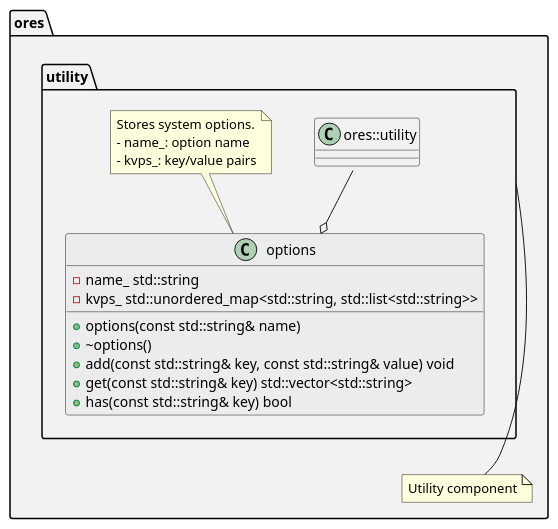
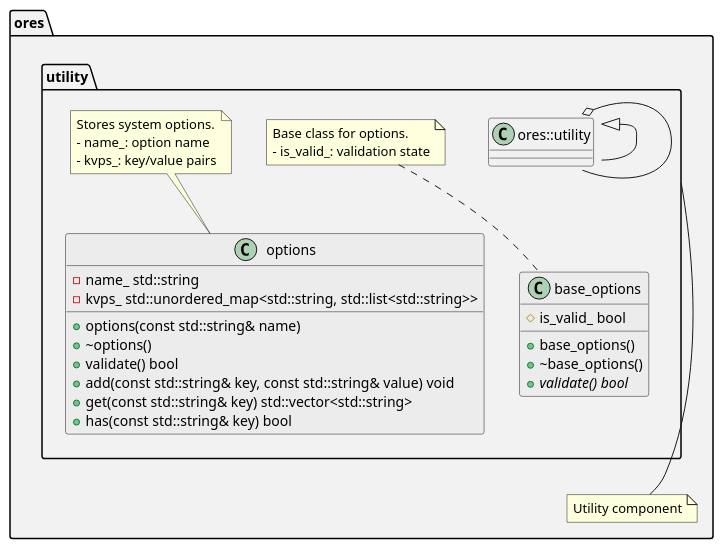
Before and after one commit to OreStudio/OreStudio: the fifth of 5 diagrams in doc/skills/plantuml-modeler/skill.org, drawn with PlantUML. The commit also changed other lines of this file, not shown here.

Commit message:
[skills] Update plantuml modeler with inheritance

```diff
--- a/doc/skills/plantuml-modeler/skill.org
+++ b/doc/skills/plantuml-modeler/skill.org
@@ -173,25 +176,39 @@
 #+begin_src plantuml
 namespace ores #F2F2F2 {
     note "Utility component" as N1
     utility --- N1
 
     namespace utility #F2F2F2 {
+        class base_options #ECECEC {
+            +base_options()
+            +~base_options()
+            +{abstract} validate() bool
+            #{field} is_valid_ bool
+        }
+        note top of base_options
+        Base class for options.
+        - is_valid_: validation state
+        end note
+
         class options #ECECEC {
             +options(const std::string& name)
             +~options()
+            +validate() bool
             +add(const std::string& key, const std::string& value) void
             +get(const std::string& key) std::vector<std::string>
             +has(const std::string& key) bool
             -{field} name_ std::string
             -{field} kvps_ std::unordered_map<std::string, std::list<std::string>>
         }
         note top of options
         Stores system options.
         - name_: option name
         - kvps_: key/value pairs
         end note
 
-        options o-u- ores::utility::database_configuration
+        ' Relationships
+        ores::utility::options -up-|> ores::utility::base_options
+        ores::utility::options o-- ores::utility::database_configuration
     }
 }
 #+end_src
```
